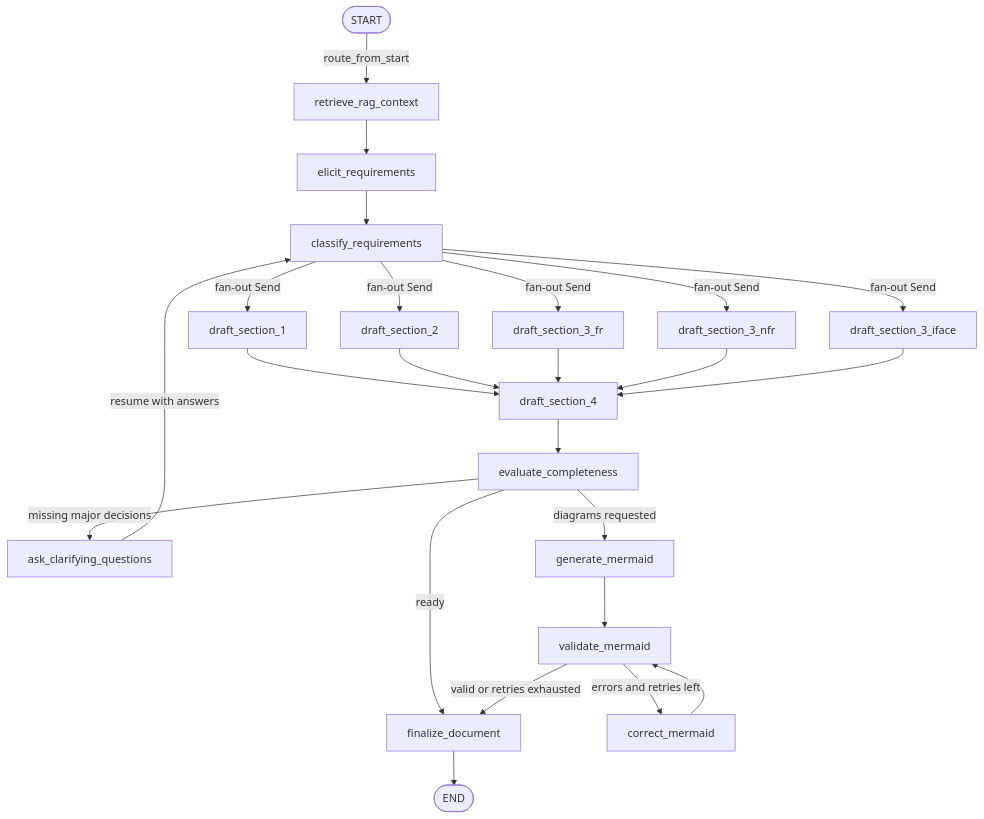
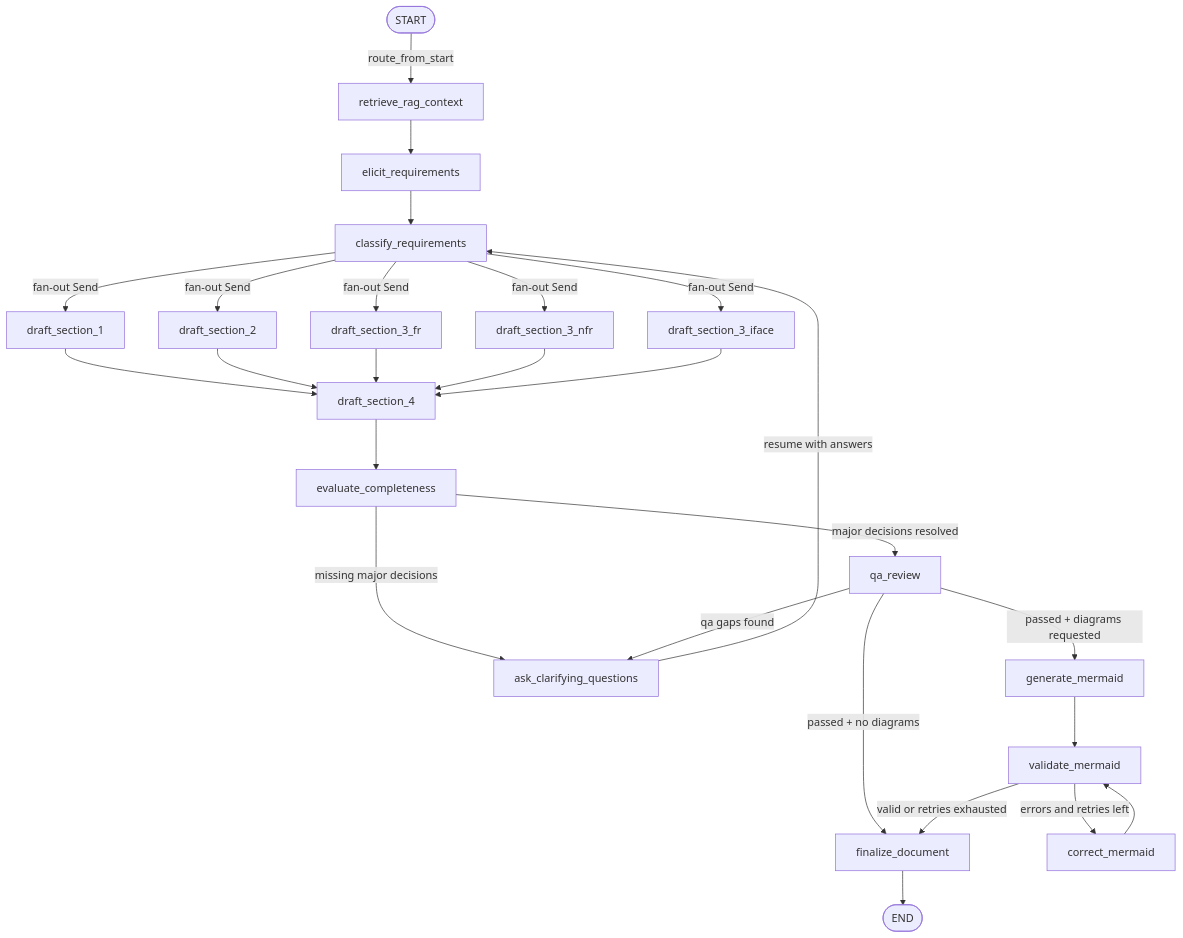
One commit to Ta1al/automated-SRS-generator changed the second of 2 diagrams in README.md. Above: the diagram before and after it, drawn with Mermaid. The commit also changed other lines of this file and 2 other files, not shown here.

Commit message:
refactor: update activity and data flow diagrams to include QA review process

````diff
--- a/README.md
+++ b/README.md
@@ -84,34 +84,36 @@
 ```mermaid
 flowchart TD
     START([START]) -->|route_from_start| retrieve_rag_context
 
     retrieve_rag_context --> elicit_requirements
     elicit_requirements --> classify_requirements
 
     classify_requirements -->|fan-out Send| draft_section_1
     classify_requirements -->|fan-out Send| draft_section_2
     classify_requirements -->|fan-out Send| draft_section_3_fr
     classify_requirements -->|fan-out Send| draft_section_3_nfr
     classify_requirements -->|fan-out Send| draft_section_3_iface
 
     draft_section_1 --> draft_section_4
     draft_section_2 --> draft_section_4
     draft_section_3_fr --> draft_section_4
     draft_section_3_nfr --> draft_section_4
     draft_section_3_iface --> draft_section_4
 
     draft_section_4 --> evaluate_completeness
 
     evaluate_completeness -->|missing major decisions| ask_clarifying_questions
     ask_clarifying_questions -->|resume with answers| classify_requirements
 
-    evaluate_completeness -->|diagrams requested| generate_mermaid
-    evaluate_completeness -->|ready| finalize_document
+    evaluate_completeness -->|major decisions resolved| qa_review
+    qa_review -->|qa gaps found| ask_clarifying_questions
+    qa_review -->|passed + diagrams requested| generate_mermaid
+    qa_review -->|passed + no diagrams| finalize_document
 
     generate_mermaid --> validate_mermaid
     validate_mermaid -->|errors and retries left| correct_mermaid
     correct_mermaid --> validate_mermaid
     validate_mermaid -->|valid or retries exhausted| finalize_document
 
     finalize_document --> END([END])
 ```
````
